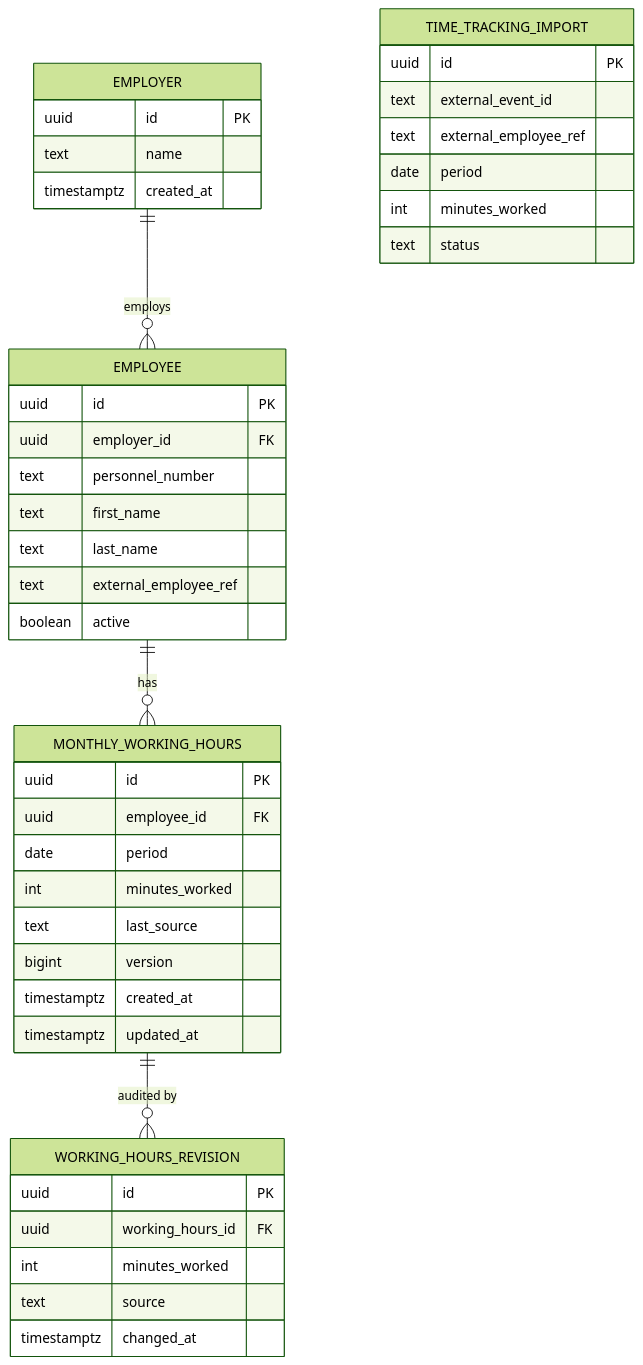
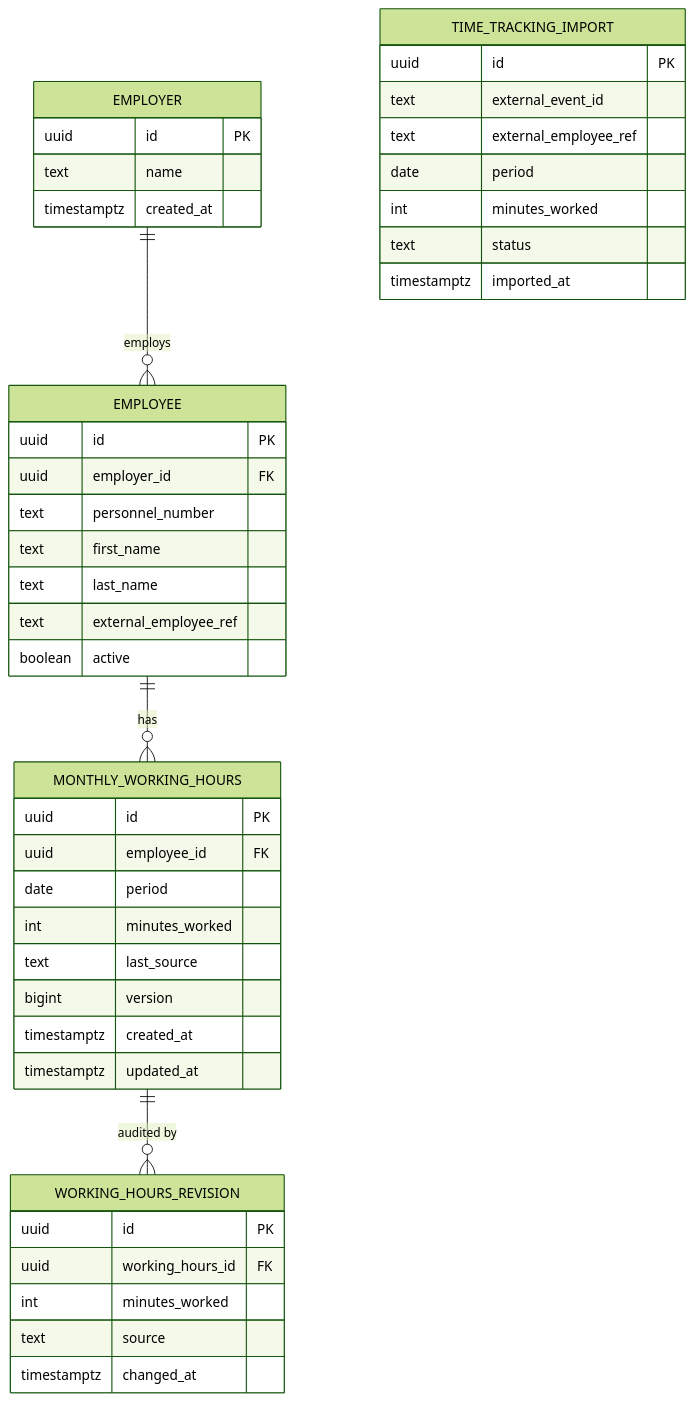
One commit to svitzthum/spring-boot-payroll changed the diagram in docs/03-data-model.md. Above: the diagram before and after it, drawn with Mermaid (forest theme). The commit also changed other lines of this file, not shown here.

````diff
--- a/docs/03-data-model.md
+++ b/docs/03-data-model.md
@@ -19,46 +19,47 @@
 ```mermaid
 erDiagram
     EMPLOYER ||--o{ EMPLOYEE : employs
     EMPLOYEE ||--o{ MONTHLY_WORKING_HOURS : has
     MONTHLY_WORKING_HOURS ||--o{ WORKING_HOURS_REVISION : "audited by"
 
     EMPLOYER {
         uuid id PK
         text name
         timestamptz created_at
     }
     EMPLOYEE {
         uuid id PK
         uuid employer_id FK
         text personnel_number
         text first_name
         text last_name
         text external_employee_ref
         boolean active
     }
     MONTHLY_WORKING_HOURS {
         uuid id PK
         uuid employee_id FK
         date period
         int minutes_worked
         text last_source
         bigint version
         timestamptz created_at
         timestamptz updated_at
     }
     WORKING_HOURS_REVISION {
         uuid id PK
         uuid working_hours_id FK
         int minutes_worked
         text source
         timestamptz changed_at
     }
     TIME_TRACKING_IMPORT {
         uuid id PK
         text external_event_id
         text external_employee_ref
         date period
         int minutes_worked
         text status
+        timestamptz imported_at
     }
 ```
````
